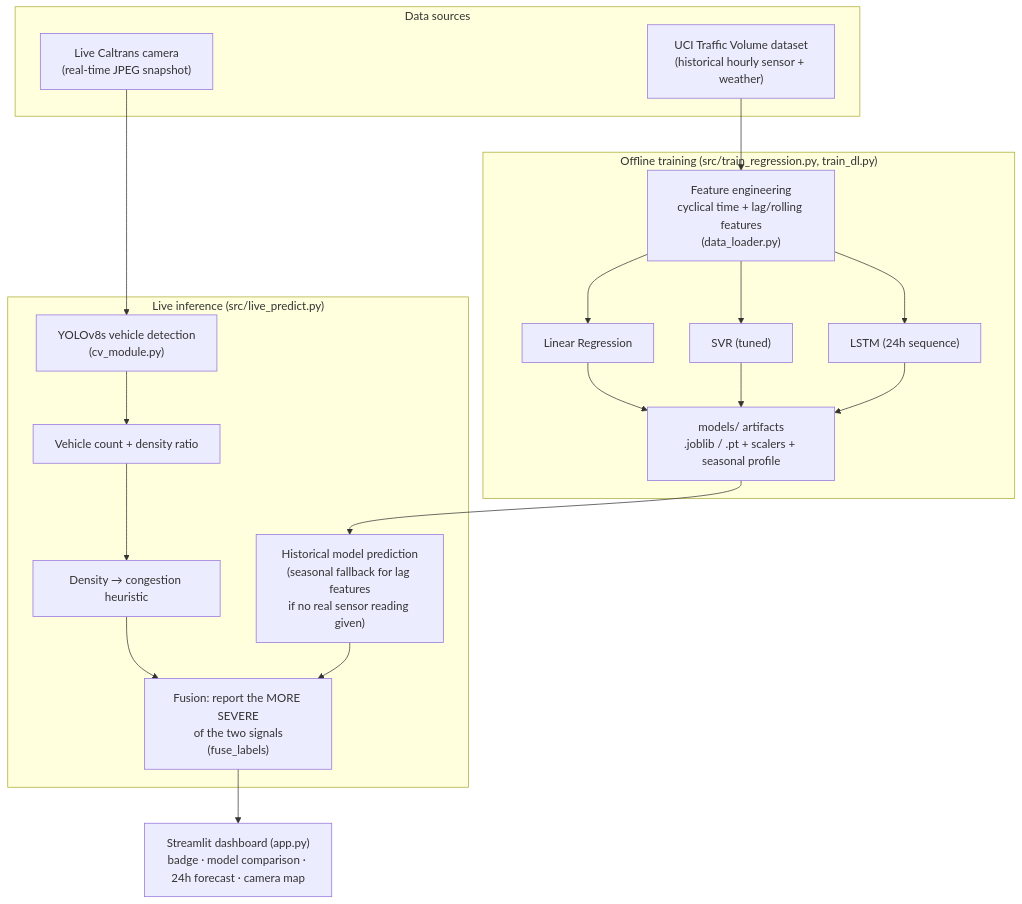
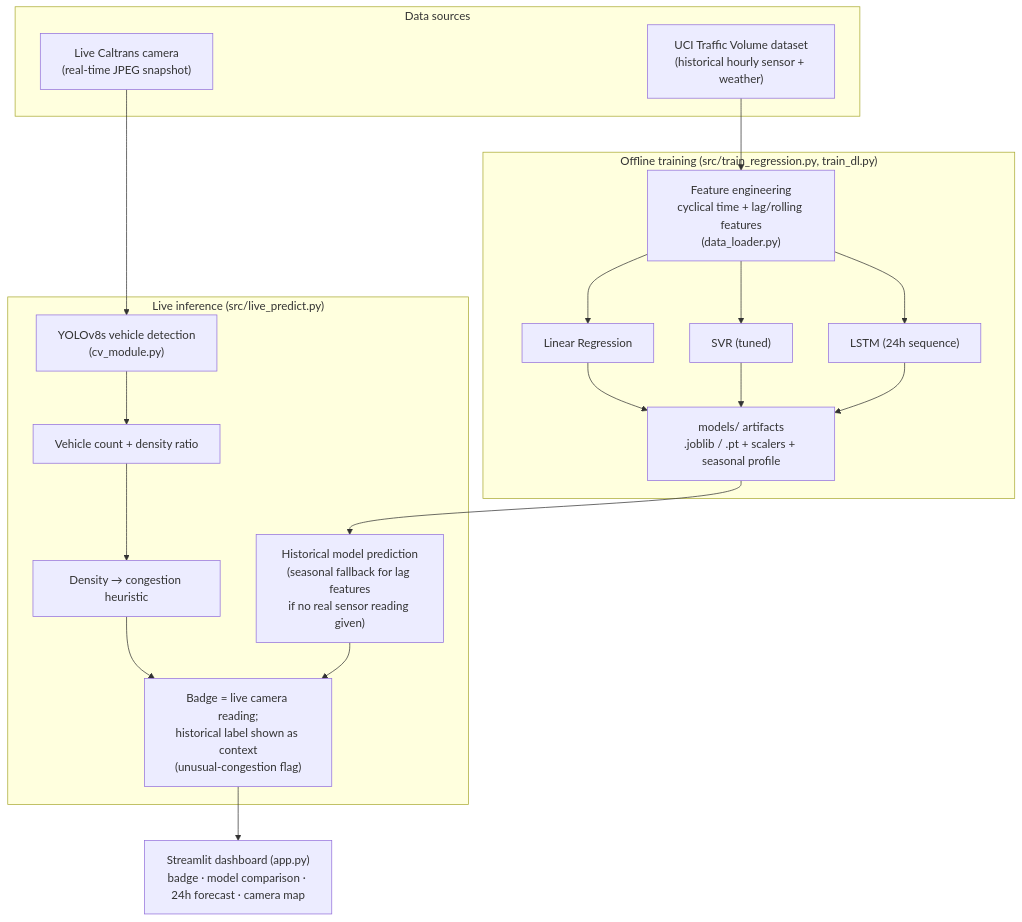
The diagram in README.md (Rakesh-Tummala/traffic-congestion-prediction), drawn with Mermaid before and after one commit. The commit also changed other lines of this file and 4 other files, not shown here.

````diff
--- a/README.md
+++ b/README.md
@@ -172,26 +170,26 @@
 ```mermaid
 flowchart TD
     subgraph Sources["Data sources"]
         A1["UCI Traffic Volume dataset<br/>(historical hourly sensor + weather)"]
         A2["Live Caltrans camera<br/>(real-time JPEG snapshot)"]
     end
 
     subgraph Offline["Offline training (src/train_regression.py, train_dl.py)"]
         A1 --> B1["Feature engineering<br/>cyclical time + lag/rolling features<br/>(data_loader.py)"]
         B1 --> C1["Linear Regression"]
         B1 --> C2["SVR (tuned)"]
         B1 --> C3["LSTM (24h sequence)"]
         C1 & C2 & C3 --> D1["models/ artifacts<br/>.joblib / .pt + scalers + seasonal profile"]
     end
 
     subgraph Live["Live inference (src/live_predict.py)"]
         A2 --> E1["YOLOv8s vehicle detection<br/>(cv_module.py)"]
         E1 --> E2["Vehicle count + density ratio"]
         E2 --> F1["Density → congestion heuristic"]
         D1 --> F2["Historical model prediction<br/>(seasonal fallback for lag features<br/>if no real sensor reading given)"]
-        F1 --> G["Fusion: report the MORE SEVERE<br/>of the two signals<br/>(fuse_labels)"]
+        F1 --> G["Badge = live camera reading;<br/>historical label shown as context<br/>(unusual-congestion flag)"]
         F2 --> G
     end
 
     G --> H["Streamlit dashboard (app.py)<br/>badge · model comparison · 24h forecast · camera map"]
 ```
````
